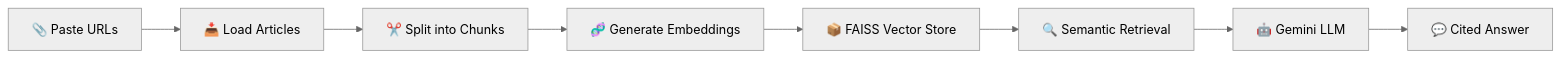
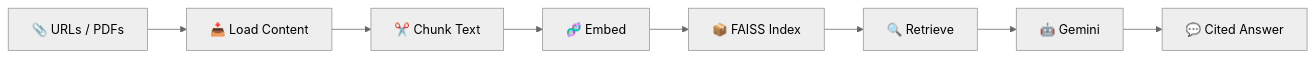
One commit to siddharthprajapati05/url_scrapper changed the diagram in README.md. Above: the diagram before and after it, drawn with Mermaid (neutral theme). The commit also changed other lines of this file and 5 other files, not shown here.

````diff
--- a/README.md
+++ b/README.md
@@ -96,10 +81,10 @@
 ```mermaid
 graph LR
-    A[📎 Paste URLs] --> B[📥 Load Articles]
-    B --> C[✂️ Split into Chunks]
-    C --> D[🧬 Generate Embeddings]
-    D --> E[📦 FAISS Vector Store]
-    E --> F[🔍 Semantic Retrieval]
-    F --> G[🤖 Gemini LLM]
+    A[📎 URLs / PDFs] --> B[📥 Load Content]
+    B --> C[✂️ Chunk Text]
+    C --> D[🧬 Embed]
+    D --> E[📦 FAISS Index]
+    E --> F[🔍 Retrieve]
+    F --> G[🤖 Gemini]
     G --> H[💬 Cited Answer]
 ```
````
